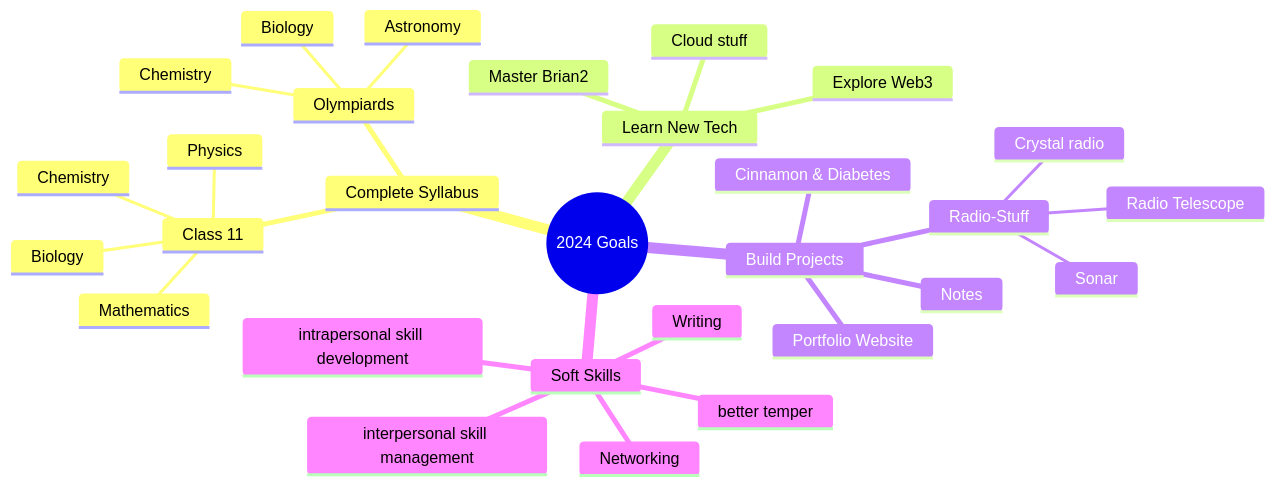
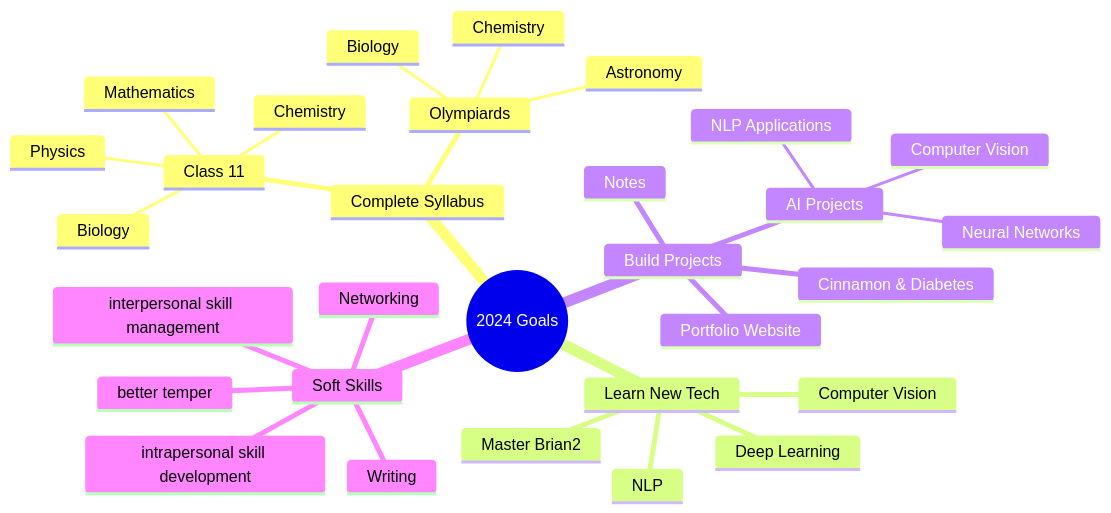
Before and after one commit to dirtbag128/dirtbag128: the diagram in README.md, drawn with Mermaid. The commit also changed other lines of this file and 1 other file, not shown here.

````diff
--- a/README.md
+++ b/README.md
@@ -78,32 +92,33 @@
 ```mermaid
 mindmap
   root((2024 Goals))
     Complete Syllabus
       Class 11
         Physics
         Chemistry
         Biology
         Mathematics
       Olympiards
         Biology
         Chemistry
         Astronomy
     Learn New Tech
       Master Brian2
-      Explore Web3
-      Cloud stuff
+      Deep Learning
+      Computer Vision
+      NLP
     Build Projects
       Portfolio Website
       Cinnamon & Diabetes
       Notes
-      Radio-Stuff
-        Sonar
-        Radio Telescope
-        Crystal radio
+      AI Projects
+        Neural Networks
+        Computer Vision
+        NLP Applications
     Soft Skills
       Writing
       better temper
       intrapersonal skill development
       interpersonal skill management
       Networking
 ```
````
